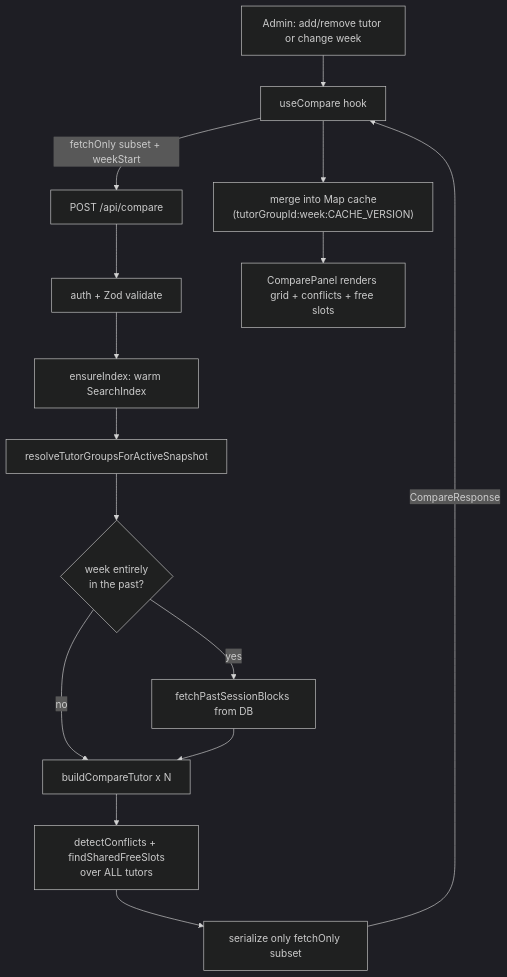
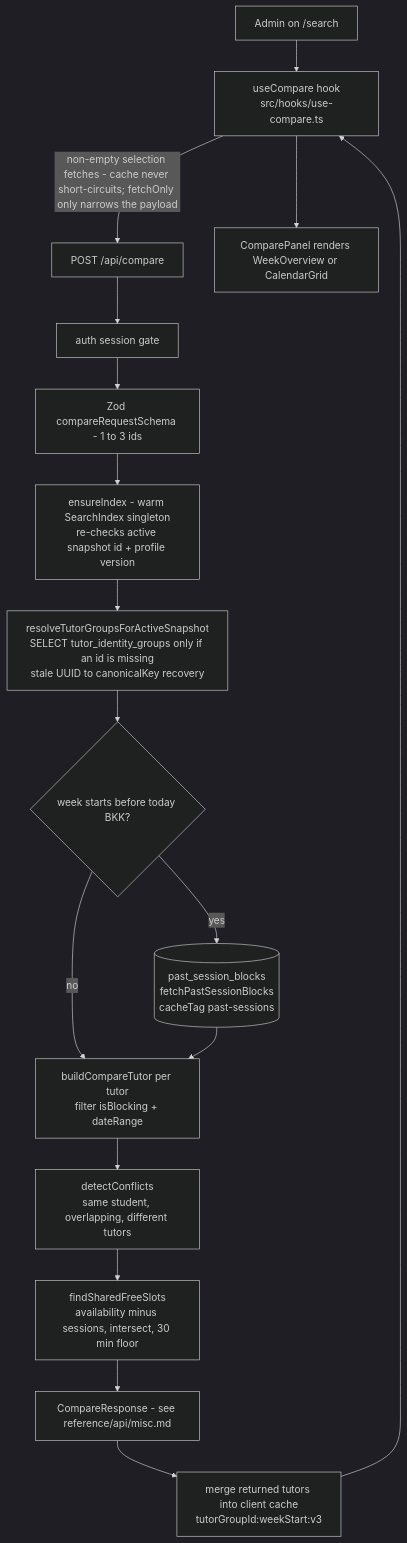
The diagram in docs/features/tutor-compare.md (kasheesh711/bgscheduler), drawn with Mermaid (dark theme) before and after one commit. The commit also changed other lines of this file and 71 other files, not shown here.

````diff
--- a/docs/features/tutor-compare.md
+++ b/docs/features/tutor-compare.md
@@ -71,17 +69,20 @@
 ```mermaid
 flowchart TD
-  U[Admin: add/remove tutor or change week] --> H[useCompare hook]
-  H -->|fetchOnly subset + weekStart| API["POST /api/compare"]
-  API --> AUTH[auth + Zod validate]
-  AUTH --> IDX[ensureIndex: warm SearchIndex]
-  IDX --> RES[resolveTutorGroupsForActiveSnapshot]
-  RES --> HIST{week entirely\nin the past?}
-  HIST -->|yes| PAST[fetchPastSessionBlocks from DB]
-  HIST -->|no| ENG
-  PAST --> ENG[buildCompareTutor x N]
-  ENG --> CF[detectConflicts + findSharedFreeSlots\nover ALL tutors]
-  CF --> SER[serialize only fetchOnly subset]
-  SER -->|CompareResponse| H
-  H --> CACHE["merge into Map cache\n(tutorGroupId:week:CACHE_VERSION)"]
-  CACHE --> UI[ComparePanel renders grid + conflicts + free slots]
+    U[Admin on /search] --> H[useCompare hook<br/>src/hooks/use-compare.ts]
+    H -->|"non-empty selection fetches - cache never short-circuits; fetchOnly only narrows the payload"| R[POST /api/compare]
+
+    R --> A[auth session gate]
+    A --> Z[Zod compareRequestSchema - 1 to 3 ids]
+    Z --> I[ensureIndex - warm SearchIndex singleton<br/>re-checks active snapshot id + profile version]
+    I --> S[resolveTutorGroupsForActiveSnapshot<br/>SELECT tutor_identity_groups only if an id is missing<br/>stale UUID to canonicalKey recovery]
+    S --> W{"week starts before today BKK?"}
+    W -->|yes| P[(past_session_blocks<br/>fetchPastSessionBlocks<br/>cacheTag past-sessions)]
+    W -->|no| B
+    P --> B[buildCompareTutor per tutor<br/>filter isBlocking + dateRange]
+    B --> C[detectConflicts<br/>same student, overlapping, different tutors]
+    C --> F[findSharedFreeSlots<br/>availability minus sessions, intersect, 30 min floor]
+    F --> O[CompareResponse - see reference/api/misc.md]
+    O --> M[merge returned tutors into client cache<br/>tutorGroupId:weekStart:v3]
+    M --> H
+    H --> V[ComparePanel renders WeekOverview or CalendarGrid]
 ```
````
